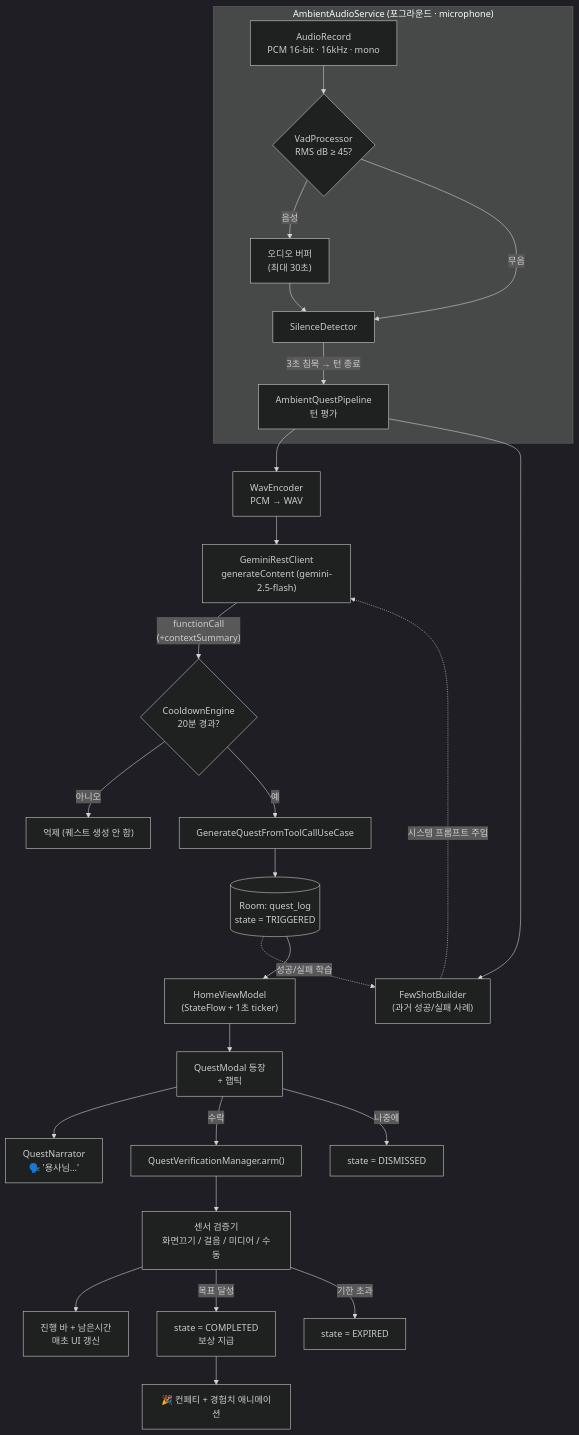
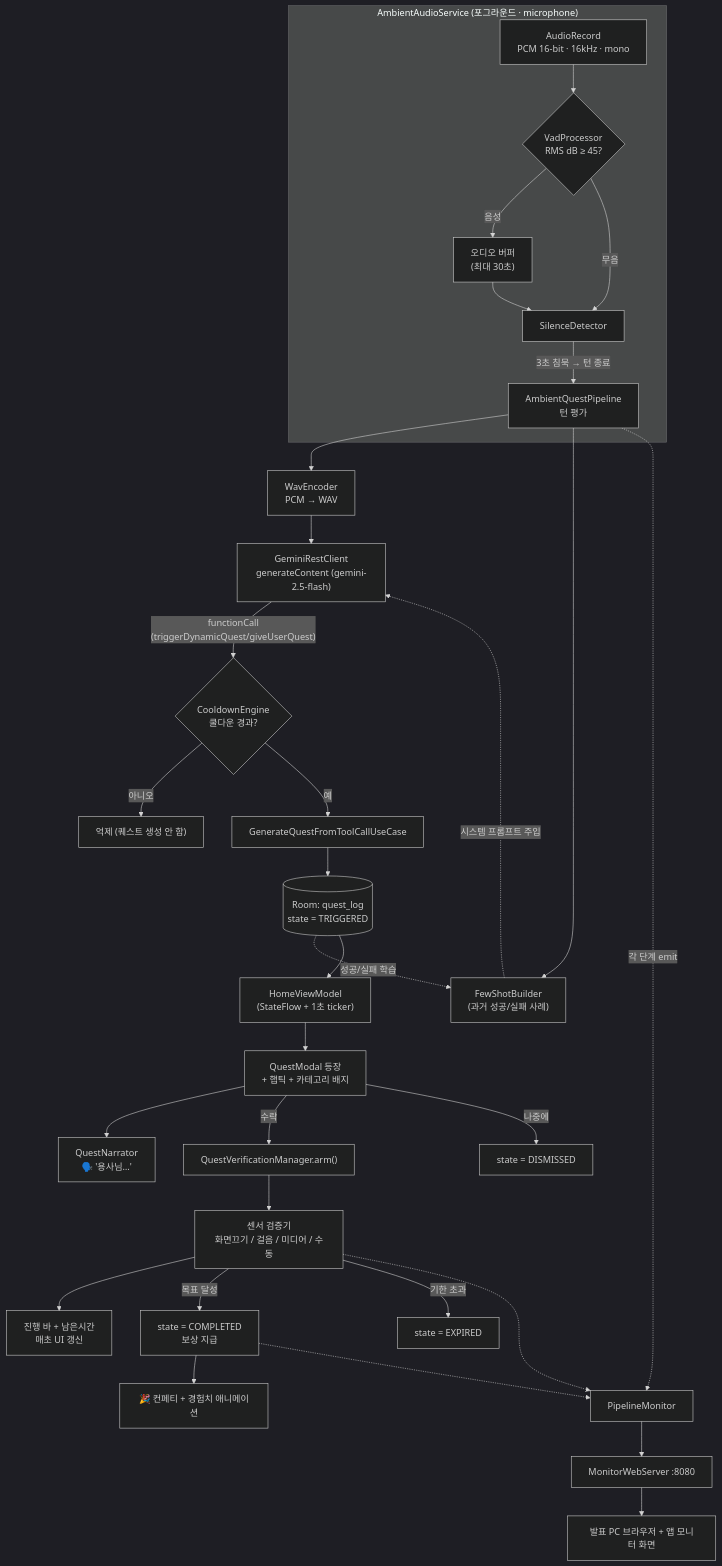
One commit to RefXTeam/quest-ai-android changed the first of 4 diagrams in README.md. Above: the diagram before and after it, drawn with Mermaid (dark theme). The commit also changed other lines of this file and 34 other files, not shown here.

First line of the commit message:
feat: 만능 함수(triggerDynamicQuest) + 센서 실시간 + 발표용 파이프라인 모니터

````diff
--- a/README.md
+++ b/README.md
@@ -30,32 +38,38 @@
 ```mermaid
 flowchart TD
     subgraph SVC["AmbientAudioService (포그라운드 · microphone)"]
         Mic["AudioRecord<br/>PCM 16-bit · 16kHz · mono"] --> VAD{"VadProcessor<br/>RMS dB ≥ 45?"}
         VAD -->|"음성"| Buf["오디오 버퍼<br/>(최대 30초)"]
         VAD -->|"무음"| Sil["SilenceDetector"]
         Buf --> Sil
         Sil -->|"3초 침묵 → 턴 종료"| Eval
     end
 
     Eval["AmbientQuestPipeline<br/>턴 평가"] --> Wav["WavEncoder<br/>PCM → WAV"]
     Eval --> FS["FewShotBuilder<br/>(과거 성공/실패 사례)"]
     Wav --> Rest["GeminiRestClient<br/>generateContent (gemini-2.5-flash)"]
     FS -.->|"시스템 프롬프트 주입"| Rest
-    Rest -->|"functionCall<br/>(+contextSummary)"| Cool{"CooldownEngine<br/>20분 경과?"}
+    Rest -->|"functionCall<br/>(triggerDynamicQuest/giveUserQuest)"| Cool{"CooldownEngine<br/>쿨다운 경과?"}
     Cool -->|"아니오"| Drop["억제 (퀘스트 생성 안 함)"]
     Cool -->|"예"| Gen["GenerateQuestFromToolCallUseCase"]
 
     Gen --> Room[("Room: quest_log<br/>state = TRIGGERED")]
     Room -.->|"성공/실패 학습"| FS
     Room --> VM["HomeViewModel<br/>(StateFlow + 1초 ticker)"]
-    VM --> Modal["QuestModal 등장<br/>+ 햅틱"]
+    VM --> Modal["QuestModal 등장<br/>+ 햅틱 + 카테고리 배지"]
     Modal --> TTS["QuestNarrator<br/>🗣️ '용사님…'"]
 
     Modal -->|"수락"| Arm["QuestVerificationManager.arm()"]
     Modal -->|"나중에"| Dismiss["state = DISMISSED"]
     Arm --> Verify["센서 검증기<br/>화면끄기 / 걸음 / 미디어 / 수동"]
     Verify --> Prog["진행 바 + 남은시간<br/>매초 UI 갱신"]
     Verify -->|"목표 달성"| Done["state = COMPLETED<br/>보상 지급"]
     Verify -->|"기한 초과"| Exp["state = EXPIRED"]
     Done --> Conf["🎉 컨페티 + 경험치 애니메이션"]
+
+    Eval -.->|"각 단계 emit"| Mon["PipelineMonitor"]
+    Verify -.-> Mon
+    Done -.-> Mon
+    Mon --> WebSrv["MonitorWebServer :8080"]
+    WebSrv --> Clients["발표 PC 브라우저 + 앱 모니터 화면"]
 ```
````
